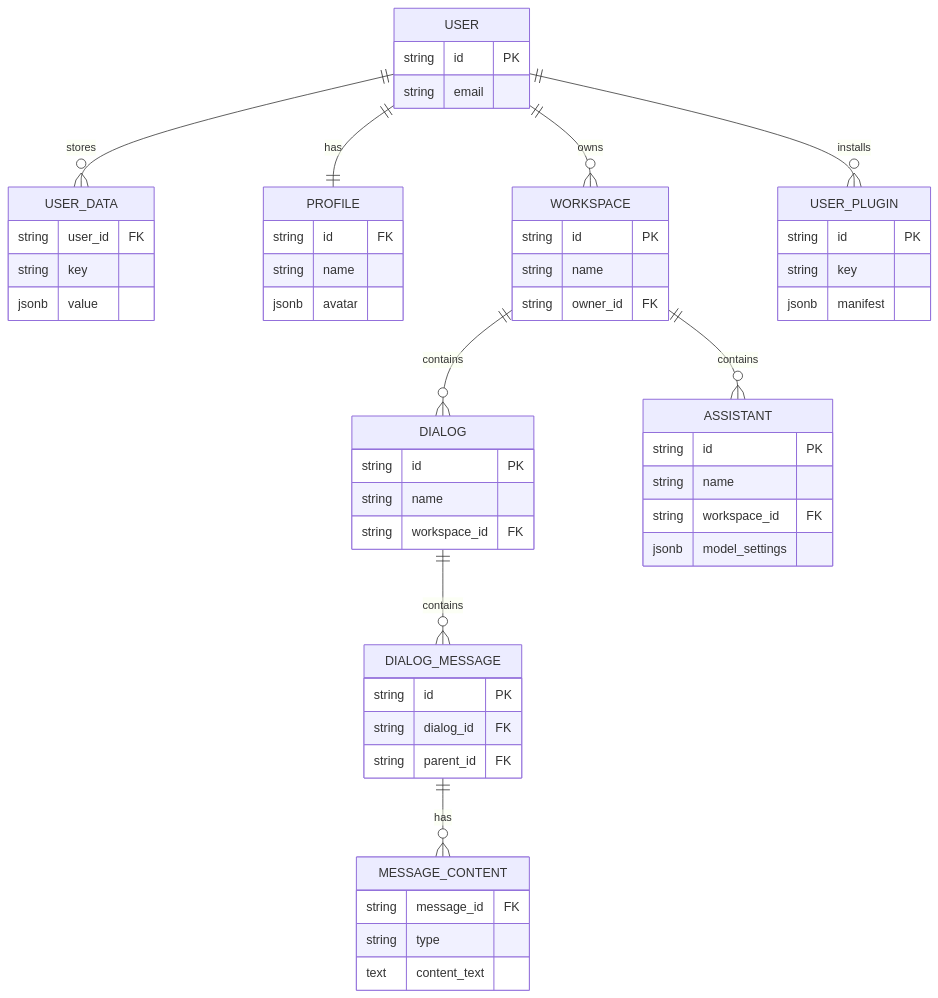
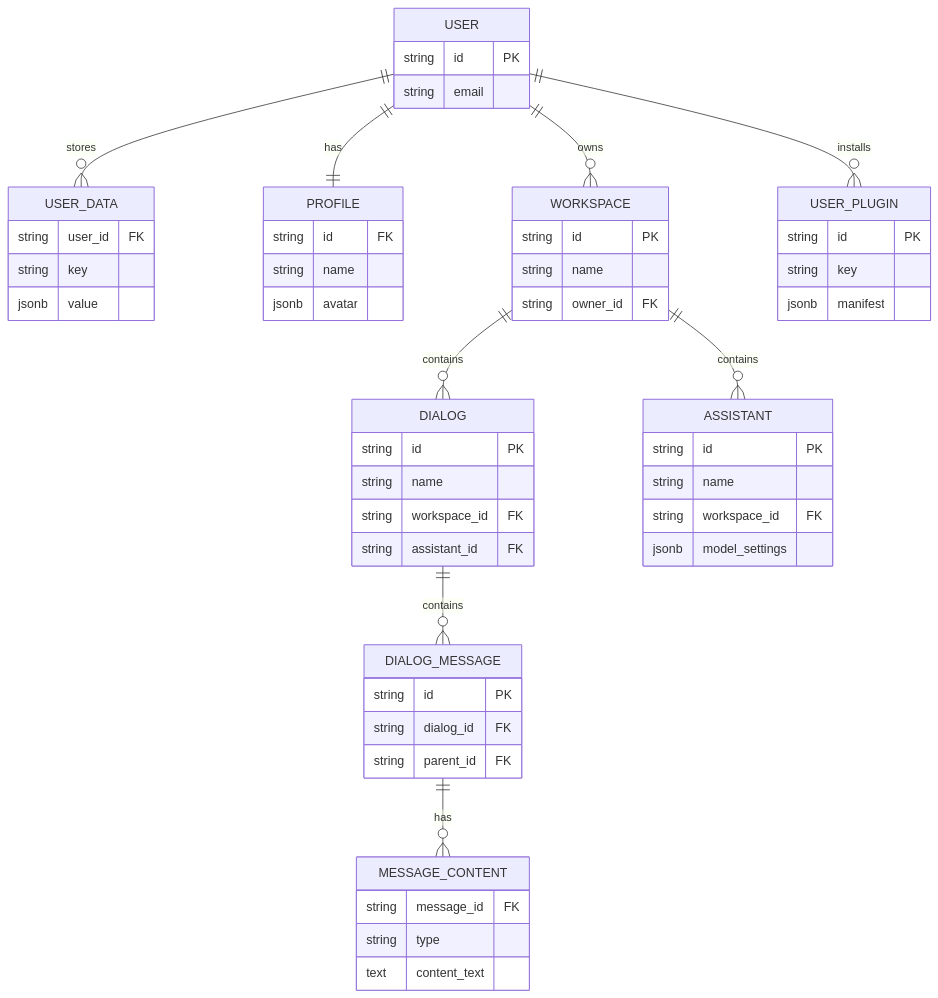
One commit to dasein108/AIaW changed the sixth of 6 diagrams in src/docs/STORE_DIAGRAM.md. Above: the diagram before and after it, drawn with Mermaid. The commit also changed other lines of this file and 7 other files, not shown here.

````diff
--- a/src/docs/STORE_DIAGRAM.md
+++ b/src/docs/STORE_DIAGRAM.md
@@ -137,65 +150,66 @@
 ```mermaid
 erDiagram
     USER {
         string id PK
         string email
     }
-    
+
     USER_DATA {
         string user_id FK
         string key
         jsonb value
     }
-    
+
     PROFILE {
         string id FK
         string name
         jsonb avatar
     }
-    
+
     WORKSPACE {
         string id PK
         string name
         string owner_id FK
     }
-    
+
     DIALOG {
         string id PK
         string name
         string workspace_id FK
+        string assistant_id FK
     }
-    
+
     DIALOG_MESSAGE {
         string id PK
         string dialog_id FK
         string parent_id FK
     }
-    
+
     MESSAGE_CONTENT {
         string message_id FK
         string type
         text content_text
     }
-    
+
     ASSISTANT {
         string id PK
         string name
         string workspace_id FK
         jsonb model_settings
     }
-    
+
     USER_PLUGIN {
         string id PK
         string key
         jsonb manifest
     }
-    
+
     USER ||--o{ USER_DATA : "stores"
     USER ||--|| PROFILE : "has"
     USER ||--o{ WORKSPACE : "owns"
     WORKSPACE ||--o{ DIALOG : "contains"
     DIALOG ||--o{ DIALOG_MESSAGE : "contains"
     DIALOG_MESSAGE ||--o{ MESSAGE_CONTENT : "has"
     WORKSPACE ||--o{ ASSISTANT : "contains"
     USER ||--o{ USER_PLUGIN : "installs"
 ```
````
